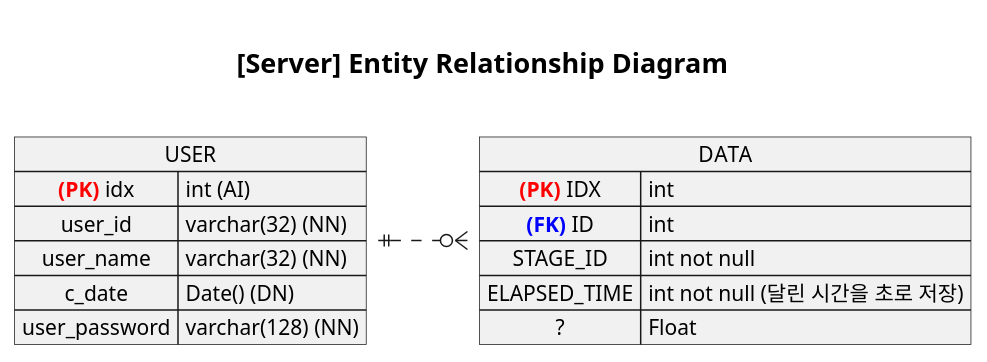
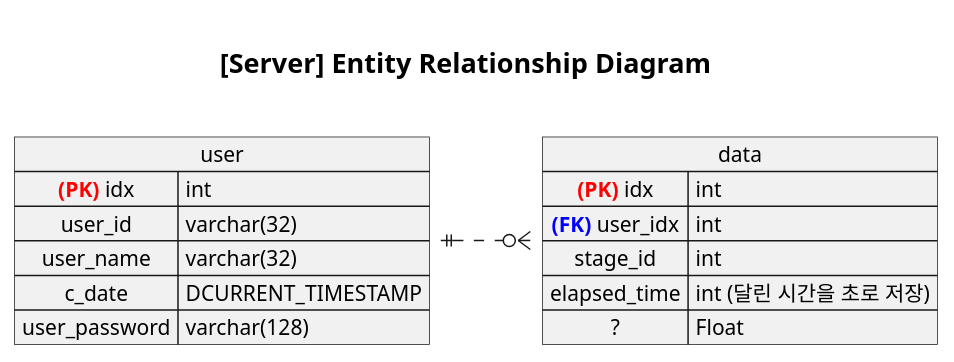
The diagram in documents/erd.puml (GC211MP/API), drawn with PlantUML before and after one commit. The commit also changed 1 other file, not shown here.

```diff
--- a/documents/erd.puml
+++ b/documents/erd.puml
@@ -1,37 +1,34 @@
 @startuml er-diagram
 
 ' https://raw.githubusercontent.com/GC211MP/API/main/documents/erd.puml
 
 left to right direction
 
 title
 
 =[Server] Entity Relationship Diagram
 
 end title
 
-map USER {
-    <color:red>**(PK)**</color> idx => int (AI)
-    user_id => varchar(32) (NN)
-    user_name => varchar(32) (NN)
-    c_date => Date() (DN)
-    user_password => varchar(128) (NN)
+map user {
+    <color:red>**(PK)**</color> idx => int
+    user_id => varchar(32)
+    user_name => varchar(32)
+    c_date => DCURRENT_TIMESTAMP
+    user_password => varchar(128)
 }
 
-map DATA {
-    <color:red>**(PK)**</color> IDX => int
-    <color:blue>**(FK)**</color> ID => int
-    STAGE_ID => int not null
-    ELAPSED_TIME => int not null (달린 시간을 초로 저장)
+map data {
+    <color:red>**(PK)**</color> idx => int
+    <color:blue>**(FK)**</color> user_idx => int
+    stage_id => int
+    elapsed_time => int (달린 시간을 초로 저장)
     ? => Float
 }
 
 ' select * from (select id, name from user) as tmp1
 '   join data as data on tmp1.id == data.id;
 
-USER ||..o{ DATA
-
-'릴레이션 표시 방법
-'동적 태그를 어떻게 표현할지?
+user ||..o{ data
 
 @enduml
```
